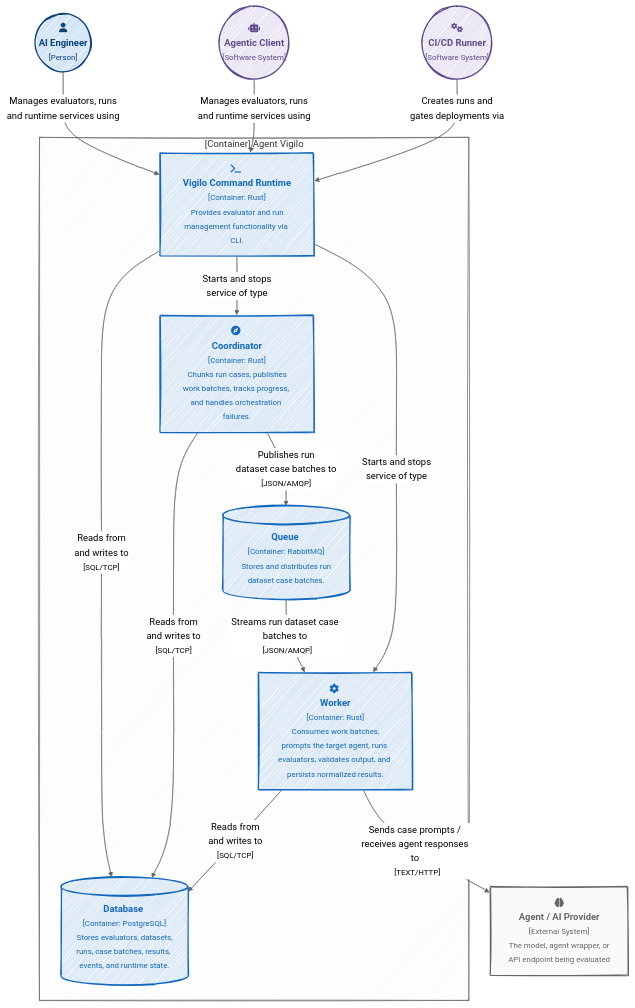
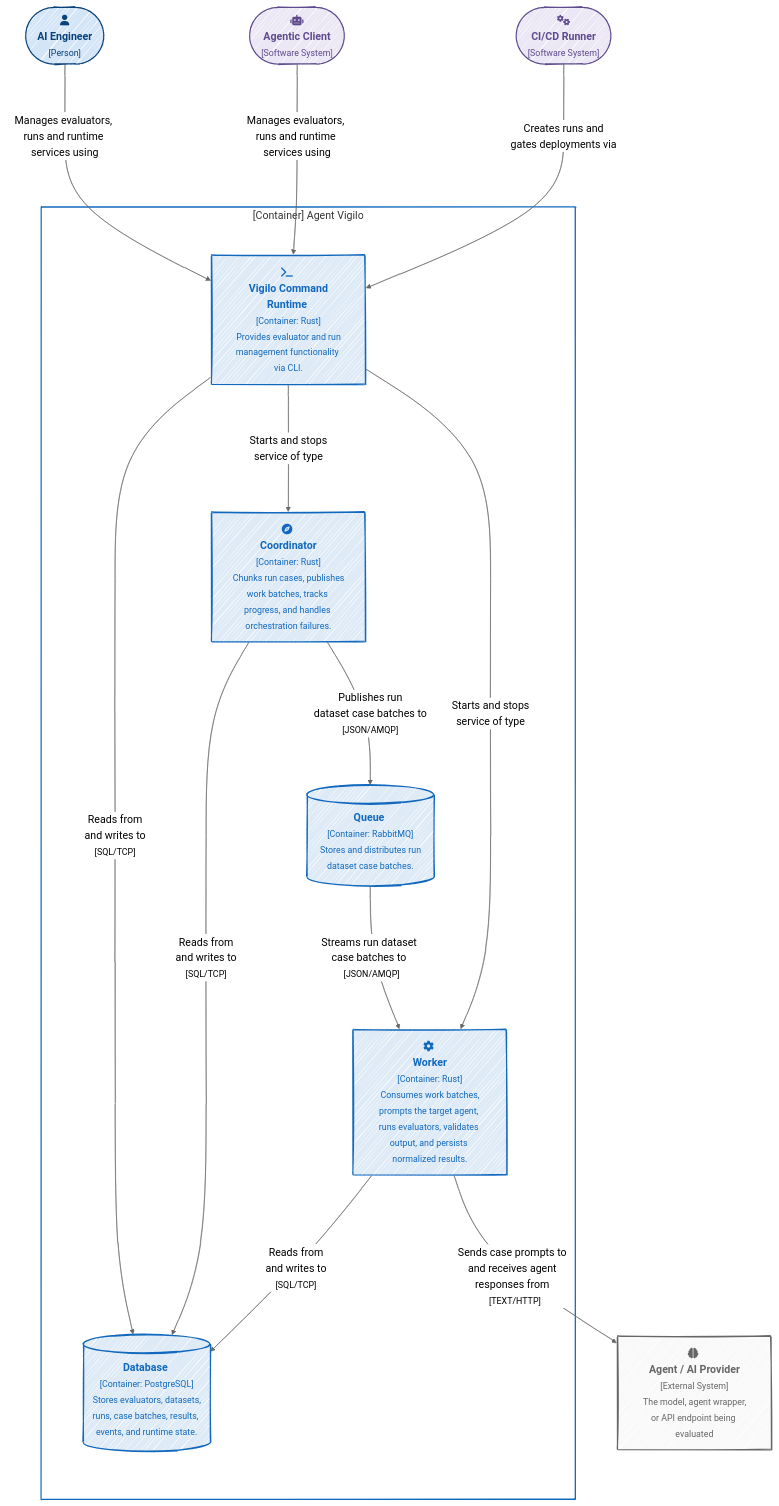
One commit to gregl83/agent-vigilo changed the diagram in web/docs/architecture/structure/containers/diagram.mmd. Above: the diagram before and after it, drawn with Mermaid. The commit also changed 13 other files, not shown here.

Commit message:
add context and containers diagrams

```diff
--- a/web/docs/architecture/structure/containers/diagram.mmd
+++ b/web/docs/architecture/structure/containers/diagram.mmd
@@ -1,48 +1,55 @@
 ---
 config:
   theme: neutral
   look: handDrawn
+  flowchart:
+    nodeSpacing: 120
+    rankSpacing: 160
+  themeVariables:
+    fontSize: 18px
+    padding: 50
 ---
 flowchart TD
     %% styles
     classDef actor fill:#ebe7f5,color:#5e4b8d,stroke:#5e4b8d,stroke-width:2px
     classDef person fill:#d4e5f7,color:#08427b,stroke:#08427b,stroke-width:2px
-    classDef system fill:#deebf7,color:#1168bd,stroke:#1168bd,stroke-width:2px
+    classDef component fill:#deebf7,color:#1168bd,stroke:#1168bd,stroke-width:2px
     classDef external fill:#f9f9f9,color:#666,stroke:#666,stroke-width:2px
 
     %% actors
-    User(("fa:fa-user <br/> <b>AI Engineer</b> <br/> <small>[Person]</small>")):::person
-    AgentClient(("fa:fa-robot <br/> <b>Agentic Client</b> <br/> <small>[Software System]</small>")):::actor
-    CICD(("fa:fa-gears <br/> <b>CI/CD Runner</b> <br/> <small>[Software System]</small>")):::actor
+    User(["fa:fa-user <br/> <b>AI Engineer</b> <br/> <small>[Person]</small>"]):::person
+    AgentClient(["fa:fa-robot <br/> <b>Agentic Client</b> <br/> <small>[Software System]</small>"]):::actor
+    CICD(["fa:fa-gears <br/> <b>CI/CD Runner</b> <br/> <small>[Software System]</small>"]):::actor
 
 
     %% components
-    Vigilo["fa:fa-terminal <br/> <b>Vigilo Command Runtime</b> <br/> <small>[Container: Rust]</small> <br/> <small>Provides evaluator and run management functionality via CLI.</small>"]:::system
-    Coordinator["fa:fa-compass <br/> <b>Coordinator</b> <br/> <small>[Container: Rust]</small> <br/> <small>Chunks run cases, publishes work batches, tracks progress, and handles orchestration failures.</small>"]:::system
-    Worker["fa:fa-gear <br/> <b>Worker</b> <br/> <small>[Container: Rust]</small> <br/> <small>Consumes work batches, prompts the target agent, runs evaluators, validates output, and persists normalized results.</small>"]:::system
-    Database[("<b>Database</b> <br/> <small>[Container: PostgreSQL]</small> <br/> <small>Stores evaluators, datasets, runs, case batches, results, events, and runtime state.</small>")]:::system
-    Queue[("<b>Queue</b> <br/> <small>[Container: RabbitMQ]</small> <br/> <small>Stores and distributes run dataset case batches.</small>")]:::system
+    Vigilo["fa:fa-terminal <br/> <b>Vigilo Command Runtime</b> <br/> <small>[Container: Rust]</small> <br/> <small>Provides evaluator and run management functionality via CLI.</small>"]:::component
+    Coordinator["fa:fa-compass <br/> <b>Coordinator</b> <br/> <small>[Container: Rust]</small> <br/> <small>Chunks run cases, publishes work batches, tracks progress, and handles orchestration failures.</small>"]:::component
+    Worker["fa:fa-gear <br/> <b>Worker</b> <br/> <small>[Container: Rust]</small> <br/> <small>Consumes work batches, prompts the target agent, runs evaluators, validates output, and persists normalized results.</small>"]:::component
+    Database[("<b>Database</b> <br/> <small>[Container: PostgreSQL]</small> <br/> <small>Stores evaluators, datasets, runs, case batches, results, events, and runtime state.</small>")]:::component
+    Queue[("<b>Queue</b> <br/> <small>[Container: RabbitMQ]</small> <br/> <small>Stores and distributes run dataset case batches.</small>")]:::component
 
     %% system boundary
     subgraph VigiloSystem["[Container] Agent Vigilo"]
         Vigilo
         Coordinator
         Worker
         Database
         Queue
     end
+    style VigiloSystem fill:none,stroke:#1168bd,stroke-width:2px
 
     %% external target
-    TargetAgent["fa:fa-brain <br/> <b>Agent / AI Provider</b> <br/> <small>[External System]</small> <br/> <small>The model, agent wrapper, or <br/> API endpoint being evaluated</small>"]:::external
+    TargetAgent["fa:fa-brain <br/> <b>Agent / AI Provider</b> <br/> <small>[External System]</small> <br/> <small>The model, agent wrapper, or API endpoint being evaluated</small>"]:::external
 
     %% edges
-    User & AgentClient -->|"Manages evaluators, runs <br/> and runtime services using"| Vigilo
+    User & AgentClient -->|"Manages evaluators, runs and runtime services using"| Vigilo
     CICD -->|Creates runs and <br/> gates deployments via| Vigilo
     Vigilo -->|"Reads from <br/> and writes to <br> <small>[SQL/TCP]</small>"| Database
     Vigilo -->|"Starts and stops <br/> service of type"| Coordinator
     Vigilo -->|"Starts and stops <br/> service of type"| Worker
     Coordinator -->|"Reads from <br/> and writes to <br> <small>[SQL/TCP]</small>"| Database
     Coordinator -->|"Publishes run <br/> dataset case batches to <br> <small>[JSON/AMQP]</small>"| Queue
     Queue -->|"Streams run dataset case batches to <br> <small>[JSON/AMQP]</small>"| Worker
     Worker -->|"Reads from <br/> and writes to <br> <small>[SQL/TCP]</small>"| Database
-    Worker -->|"Sends case prompts / receives agent responses to <br> <small>[TEXT/HTTP]</small>"| TargetAgent
+    Worker -->|"Sends case prompts to and receives agent responses from <br> <small>[TEXT/HTTP]</small>"| TargetAgent
```
